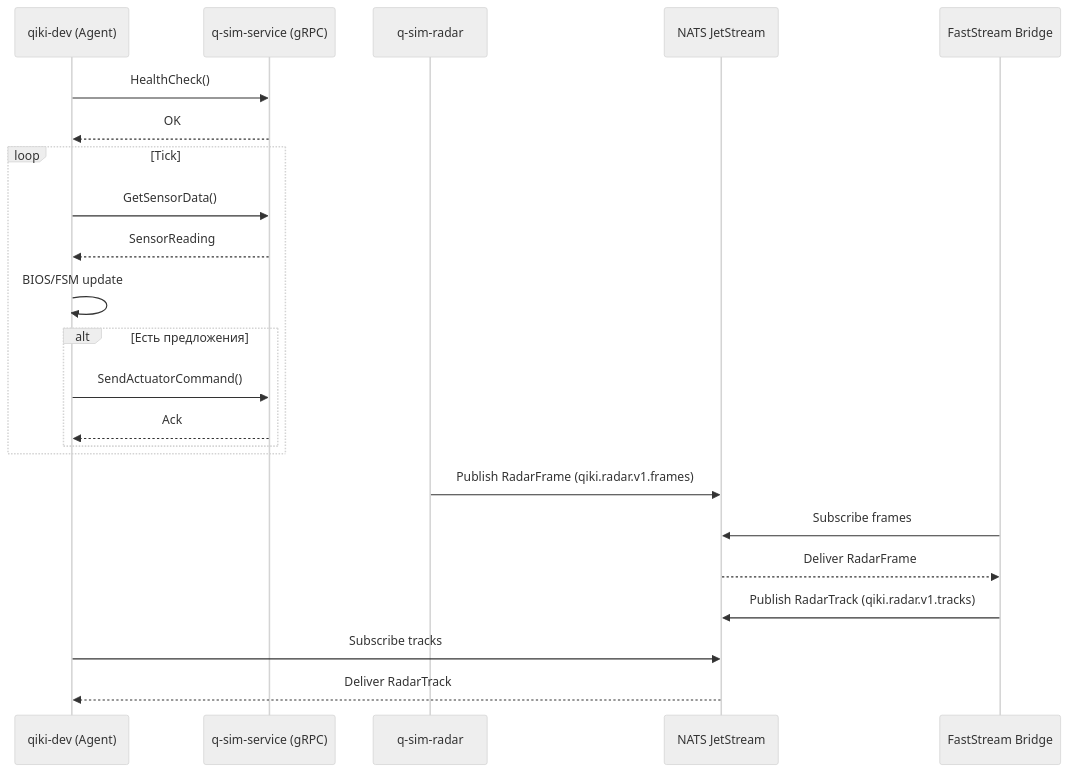
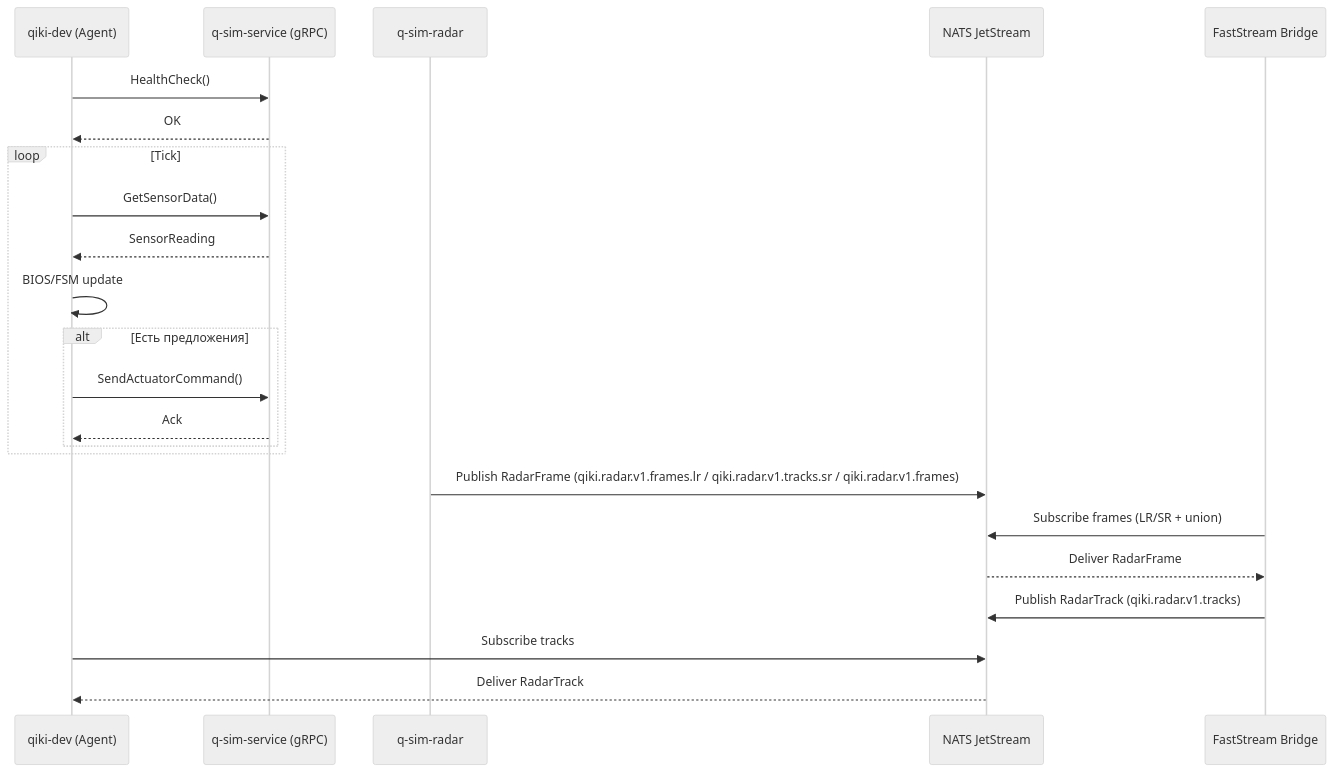
Before and after one commit to sonra44/QIKI_DTMP: the diagram in docs/ARCHITECTURE.md, drawn with Mermaid (neutral theme). The commit also changed other lines of this file and 8 other files, not shown here.

Commit message:
docs: Update documentation for Step-A infrastructure kickoff\n\n- Update CLAUDE_MEMORY with Step-A infrastructure preparation\n- Update CURRENT_STATE with Step-A status and next steps\n- Update IMPLEMENTATION_ROADMAP with latest progress\n- Extend BotSpec with new components and channels

````diff
--- a/docs/ARCHITECTURE.md
+++ b/docs/ARCHITECTURE.md
@@ -39,27 +39,27 @@
 ```mermaid
 sequenceDiagram
     participant Dev as qiki-dev (Agent)
     participant Sim as q-sim-service (gRPC)
     participant Radar as q-sim-radar
     participant NATS as NATS JetStream
     participant Bridge as FastStream Bridge
 
     Dev->>Sim: HealthCheck()
     Sim-->>Dev: OK
     loop Tick
         Dev->>Sim: GetSensorData()
         Sim-->>Dev: SensorReading
         Dev->>Dev: BIOS/FSM update
         alt Есть предложения
             Dev->>Sim: SendActuatorCommand()
             Sim-->>Dev: Ack
         end
     end
 
-    Radar->>NATS: Publish RadarFrame (qiki.radar.v1.frames)
-    Bridge->>NATS: Subscribe frames
+    Radar->>NATS: Publish RadarFrame (qiki.radar.v1.frames.lr / qiki.radar.v1.tracks.sr / qiki.radar.v1.frames)
+    Bridge->>NATS: Subscribe frames (LR/SR + union)
     NATS-->>Bridge: Deliver RadarFrame
     Bridge->>NATS: Publish RadarTrack (qiki.radar.v1.tracks)
     Dev->>NATS: Subscribe tracks
     NATS-->>Dev: Deliver RadarTrack
 ```
````
